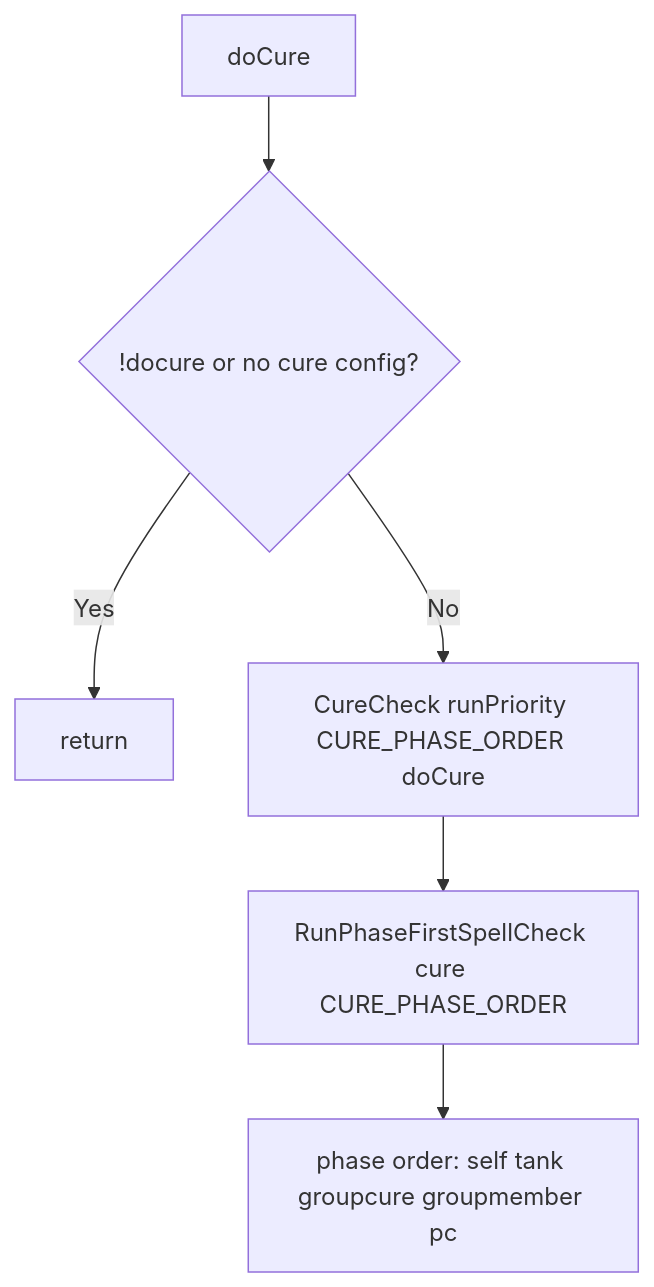
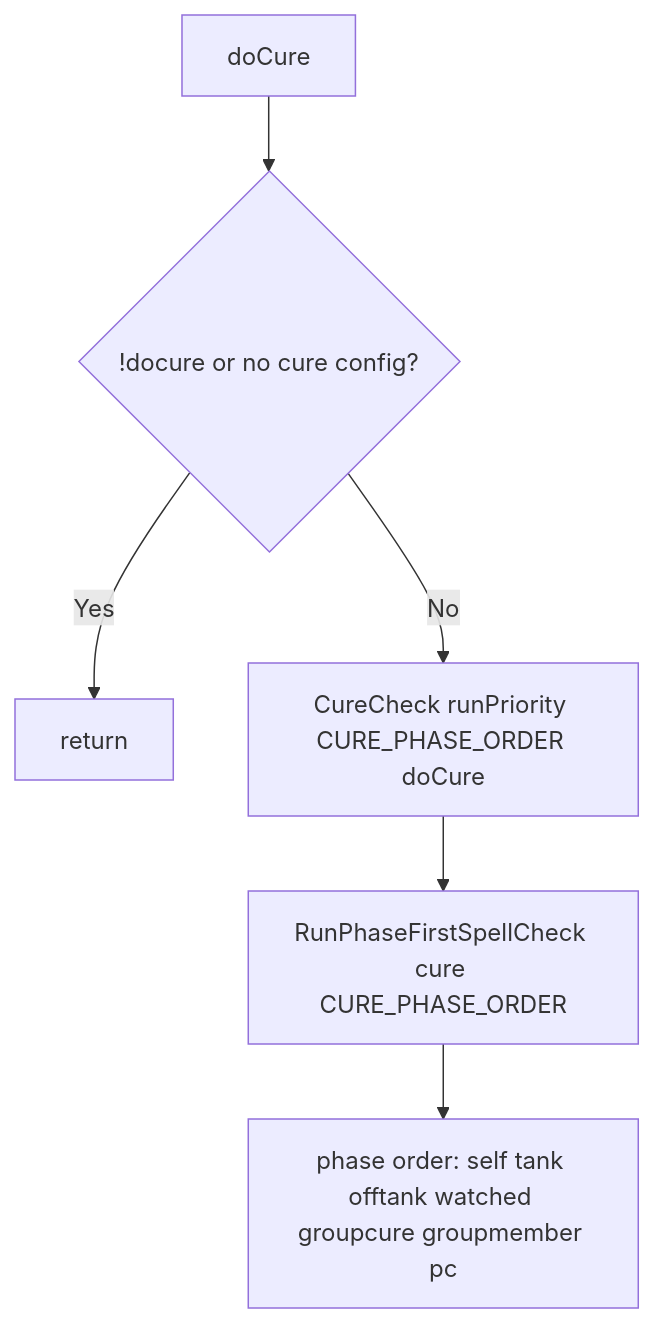
The diagram in docs/botlogic/hook-docure.md (Cezero/czbot), drawn with Mermaid before and after one commit. The commit also changed other lines of this file and 8 other files, not shown here.

Commit message:
add watched phase to cures, heals won't interrupt cures now

````diff
--- a/docs/botlogic/hook-docure.md
+++ b/docs/botlogic/hook-docure.md
@@ -10,8 +10,8 @@
 ```mermaid
 flowchart TB
     Start[doCure] --> Guards{!docure or no cure config?}
     Guards -->|Yes| End[return]
     Guards -->|No| CureCheck[CureCheck runPriority CURE_PHASE_ORDER doCure]
     CureCheck --> RunPhase[RunPhaseFirstSpellCheck cure CURE_PHASE_ORDER]
-    RunPhase --> PhaseLoop[phase order: self tank groupcure groupmember pc]
+    RunPhase --> PhaseLoop[phase order: self tank offtank watched groupcure groupmember pc]
 ```
````
